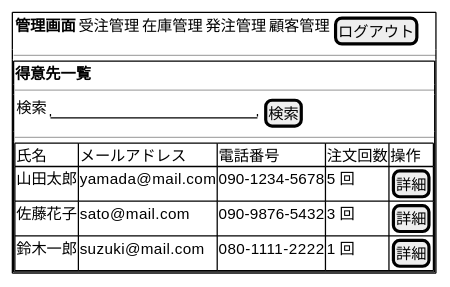
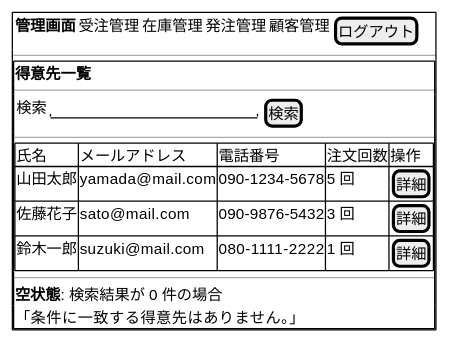
Diagram 24 of 25 in docs/design/ui-design.md (k2works/case-study-sdd-development), drawn with PlantUML before and after one commit. The commit also changed other lines of this file, not shown here.

````diff
--- a/docs/design/ui-design.md
+++ b/docs/design/ui-design.md
@@ -701,24 +861,27 @@
 ```plantuml
 @startsalt
 {+
   {
     <b>管理画面 | 受注管理 | 在庫管理 | 発注管理 | 顧客管理 | [ログアウト]
   }
   ---
   {+
     <b>得意先一覧
     ---
     {
       検索 | "                    " | [検索]
     }
     ---
     {#
       氏名 | メールアドレス | 電話番号 | 注文回数 | 操作
       山田太郎 | yamada@mail.com | 090-1234-5678 | 5 回 | [詳細]
       佐藤花子 | sato@mail.com | 090-9876-5432 | 3 回 | [詳細]
       鈴木一郎 | suzuki@mail.com | 080-1111-2222 | 1 回 | [詳細]
     }
+    ---
+    **空状態**: 検索結果が 0 件の場合
+    「条件に一致する得意先はありません。」
   }
 }
 @endsalt
 ```
````
